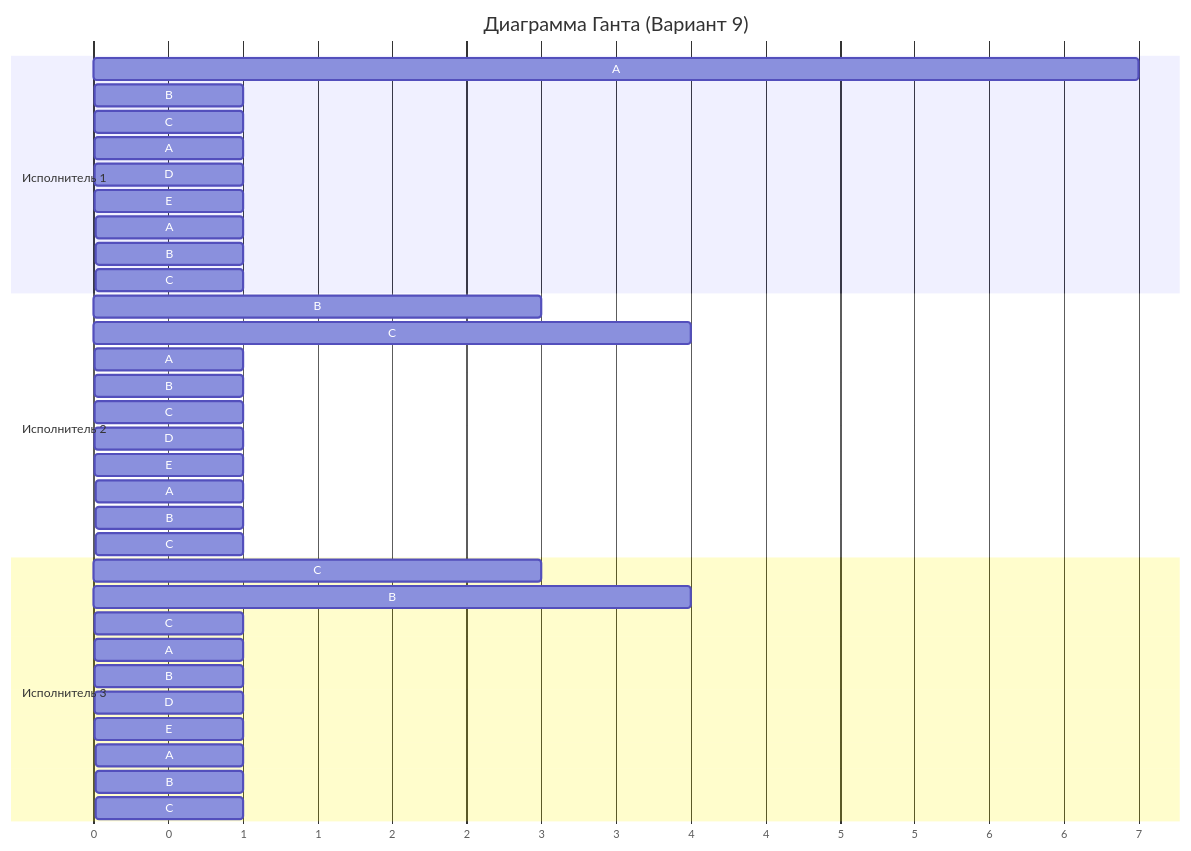
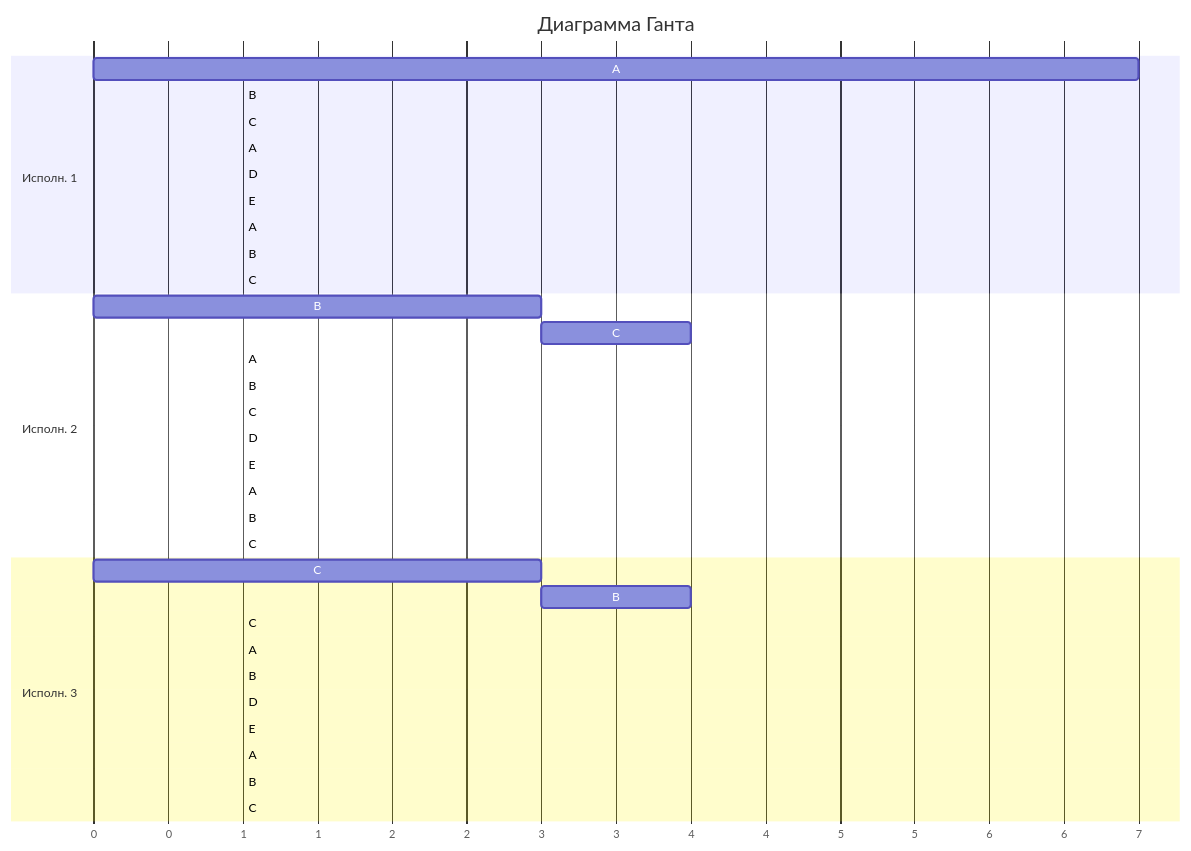
Before and after one commit to algos-ris-24-4/manual-tasks: the diagram in Задание 5/slaaay.md, drawn with Mermaid. The commit also changed other lines of this file, not shown here.

````diff
--- a/Задание 5/slaaay.md
+++ b/Задание 5/slaaay.md
@@ -169,39 +241,39 @@
 ```mermaid
 gantt
-    title Диаграмма Ганта (Вариант 9)
-    dateFormat  X
+    title Диаграмма Ганта
+    dateFormat X
     axisFormat %s
     tickInterval 1
-    section Исполнитель 1
-    A : 0, 7
-    B : 7, 1
-    C : 8, 1
-    A : 9, 1
-    D : 10, 1
-    E : 11, 1
-    A : 12, 1
-    B : 13, 1
-    C : 14, 1
-    section Исполнитель 2
-    B : 0, 3
-    C : 3, 4
-    A : 7, 1
-    B : 8, 1
-    C : 9, 1
-    D : 10, 1
-    E : 11, 1
-    A : 12, 1
-    B : 13, 1
-    C : 14, 1
-    section Исполнитель 3
-    C : 0, 3
-    B : 3, 4
-    C : 7, 1
-    A : 8, 1
-    B : 9, 1
-    D : 10, 1
-    E : 11, 1
-    A : 12, 1
-    B : 13, 1
-    C : 14, 1
+    section Исполн. 1
+    A : a1, 0, 7
+    B : b1, after a1, 1
+    C : c1, after b1, 1
+    A : a2, after c1, 1
+    D : d1, after a2, 1
+    E : e1, after d1, 1
+    A : a3, after e1, 1
+    B : b2, after a3, 1
+    C : c2, after b2, 1
+    section Исполн. 2
+    B : b3, 0, 3
+    C : c3, after b3, 4
+    A : a4, after c3, 1
+    B : b4, after a4, 1
+    C : c4, after b4, 1
+    D : d2, after c4, 1
+    E : e2, after d2, 1
+    A : a5, after e2, 1
+    B : b5, after a5, 1
+    C : c5, after b5, 1
+    section Исполн. 3
+    C : c6, 0, 3
+    B : b6, after c6, 4
+    C : c7, after b6, 1
+    A : a6, after c7, 1
+    B : b7, after a6, 1
+    D : d3, after b7, 1
+    E : e3, after d3, 1
+    A : a7, after e3, 1
+    B : b8, after a7, 1
+    C : c8, after b8, 1
 ```
````
